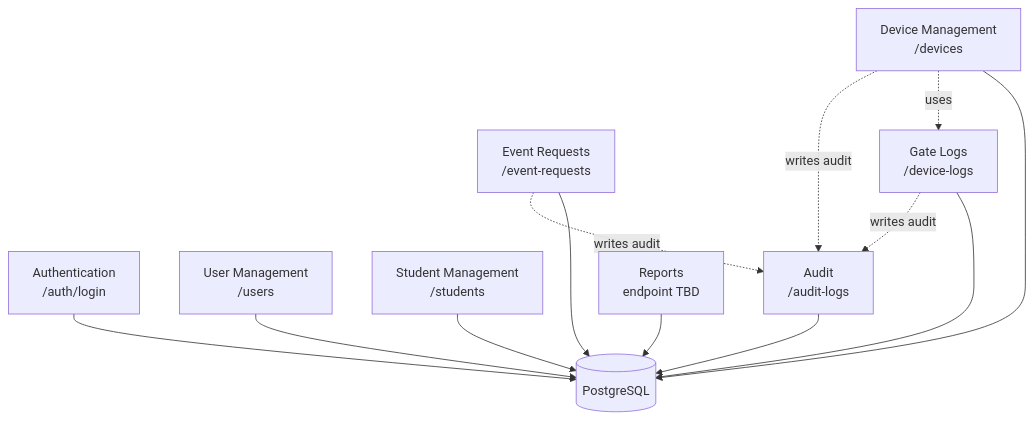
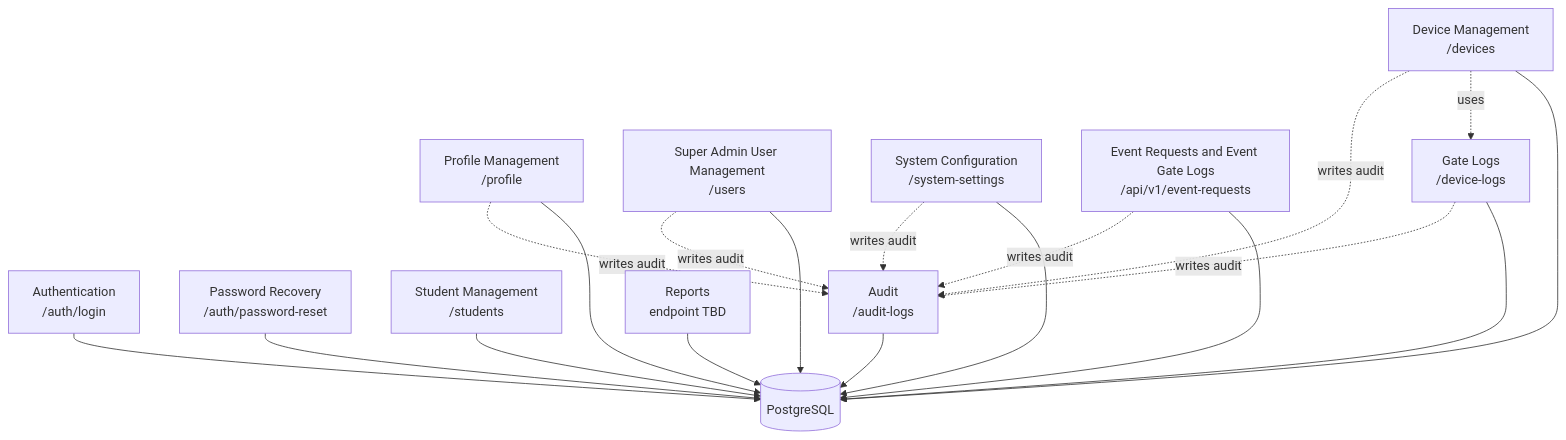
One commit to isnotfred/javafx-byod-client changed the diagram in docs/architecture/diagrams/mermaid/module-architecture.mmd. Above: the diagram before and after it, drawn with Mermaid. The commit also changed 48 other files, not shown here.

Commit message:
Update system analysis and architecture documentation

```diff
--- a/docs/architecture/diagrams/mermaid/module-architecture.mmd
+++ b/docs/architecture/diagrams/mermaid/module-architecture.mmd
@@ -1,24 +1,33 @@
 flowchart TB
     Auth["Authentication\n/auth/login"]
-    Users["User Management\n/users"]
+    Password["Password Recovery\n/auth/password-reset"]
+    Profile["Profile Management\n/profile"]
+    Users["Super Admin User Management\n/users"]
+    Settings["System Configuration\n/system-settings"]
     Students["Student Management\n/students"]
     Devices["Device Management\n/devices"]
-    Events["Event Requests\n/event-requests"]
+    Events["Event Requests and Event Gate Logs\n/api/v1/event-requests"]
     Logs["Gate Logs\n/device-logs"]
     Audit["Audit\n/audit-logs"]
     Reports["Reports\nendpoint TBD"]
     DB[("PostgreSQL")]
 
     Auth --> DB
+    Password --> DB
+    Profile --> DB
     Users --> DB
+    Settings --> DB
     Students --> DB
     Devices --> DB
     Events --> DB
     Logs --> DB
     Audit --> DB
     Reports --> DB
 
     Devices -. uses .-> Logs
     Logs -. writes audit .-> Audit
     Devices -. writes audit .-> Audit
     Events -. writes audit .-> Audit
+    Profile -. writes audit .-> Audit
+    Users -. writes audit .-> Audit
+    Settings -. writes audit .-> Audit
```
